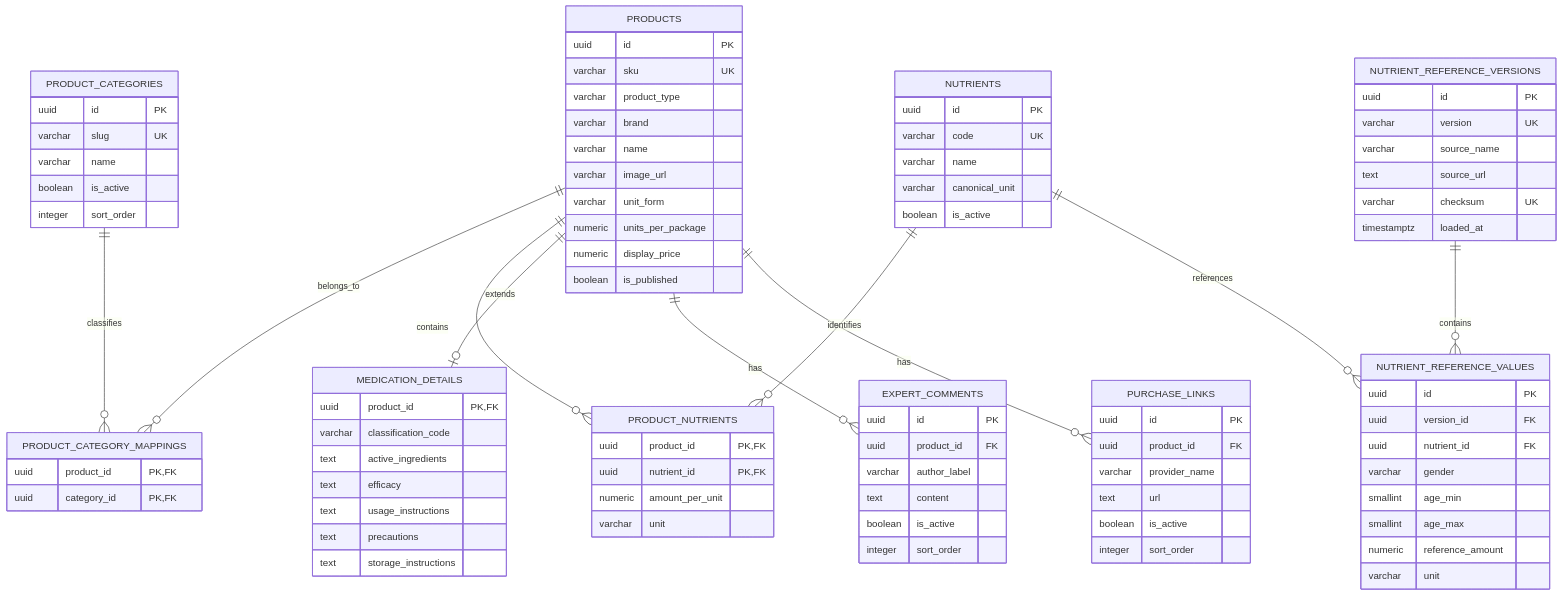
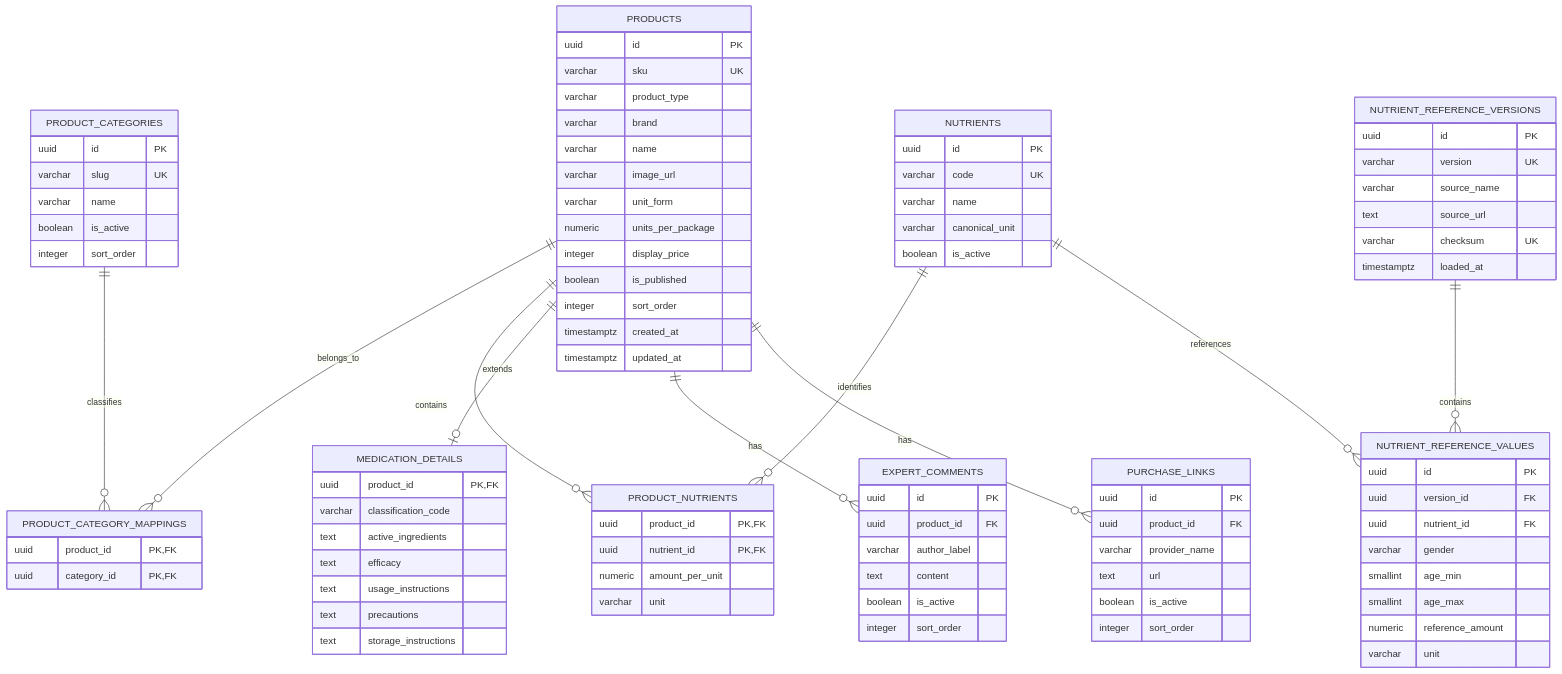
One commit to Pilot-project-python5/backend changed the second of 4 diagrams in docs/architecture/erd.md. Above: the diagram before and after it, drawn with Mermaid. The commit also changed other lines of this file and 33 other files, not shown here.

```diff
--- a/docs/architecture/erd.md
+++ b/docs/architecture/erd.md
@@ -131,8 +131,11 @@
         varchar image_url
         varchar unit_form
         numeric units_per_package
-        numeric display_price
+        integer display_price
         boolean is_published
+        integer sort_order
+        timestamptz created_at
+        timestamptz updated_at
     }
 
     PRODUCT_CATEGORY_MAPPINGS {
```
